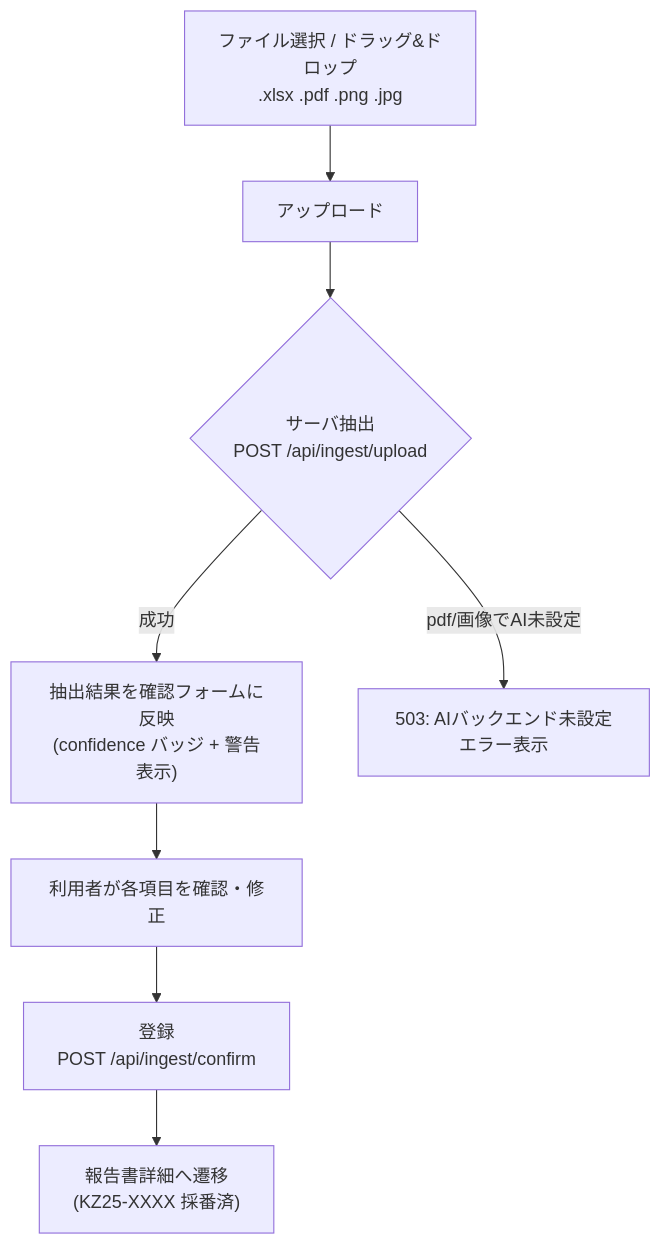
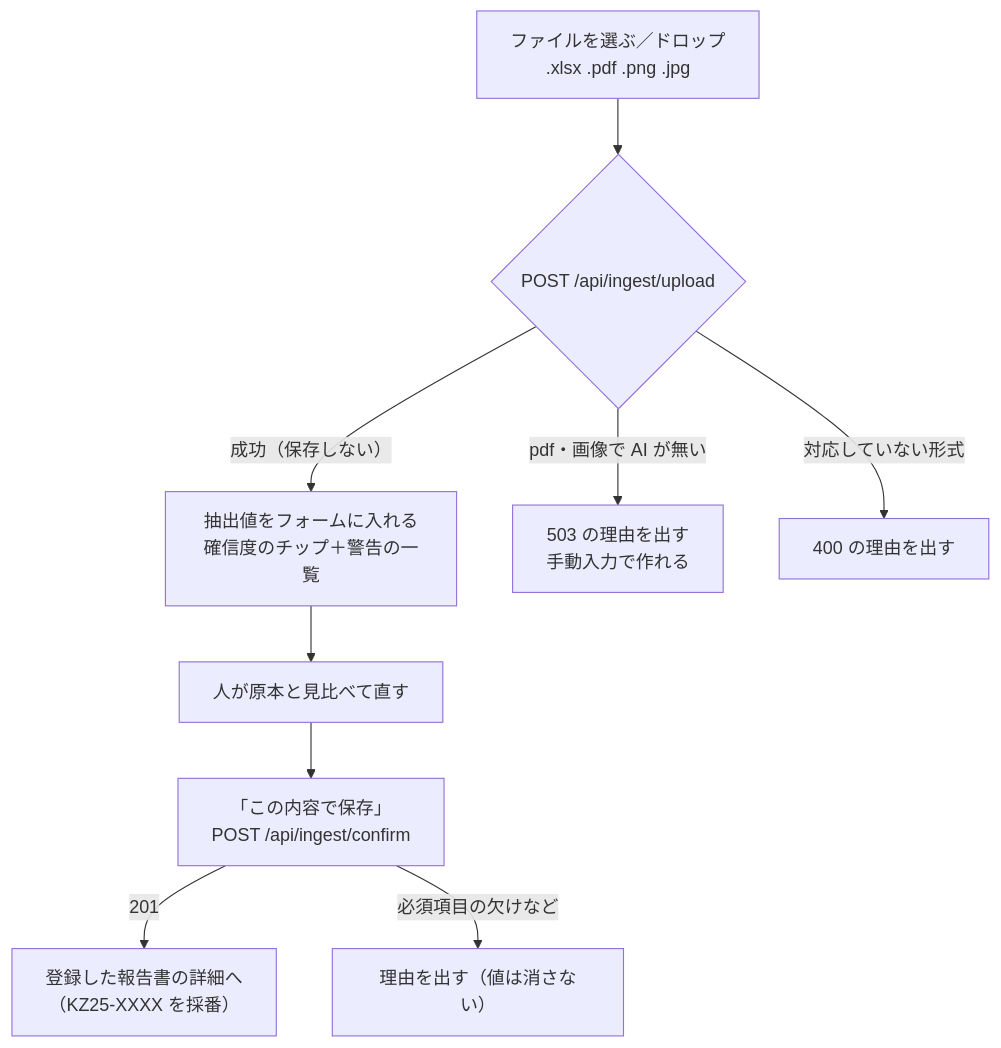
Before and after one commit to luvwinnie/2026_ai_seminar: the first of 5 diagrams in docs/02_機能仕様書.md, drawn with Mermaid. The commit also changed other lines of this file and 570 other files, not shown here.

````diff
--- a/docs/02_機能仕様書.md
+++ b/docs/02_機能仕様書.md
@@ -25,10 +35,11 @@
 ```mermaid
 flowchart TD
-    A["ファイル選択 / ドラッグ&ドロップ\n.xlsx .pdf .png .jpg"] --> B["アップロード"]
-    B --> C{"サーバ抽出\nPOST /api/ingest/upload"}
-    C -->|成功| D["抽出結果を確認フォームに反映\n(confidence バッジ + 警告表示)"]
-    C -->|"pdf/画像でAI未設定"| E["503: AIバックエンド未設定エラー表示"]
-    D --> F["利用者が各項目を確認・修正"]
-    F --> G["登録\nPOST /api/ingest/confirm"]
-    G --> H["報告書詳細へ遷移\n(KZ25-XXXX 採番済)"]
+    A["ファイルを選ぶ／ドロップ<br/>.xlsx .pdf .png .jpg"] --> B{"POST /api/ingest/upload"}
+    B -->|"成功（保存しない）"| C["抽出値をフォームに入れる<br/>確信度のチップ＋警告の一覧"]
+    B -->|"pdf・画像で AI が無い"| E["503 の理由を出す<br/>手動入力で作れる"]
+    B -->|"対応していない形式"| E2["400 の理由を出す"]
+    C --> D["人が原本と見比べて直す"]
+    D --> F["「この内容で保存」<br/>POST /api/ingest/confirm"]
+    F -->|"201"| G["登録した報告書の詳細へ<br/>（KZ25-XXXX を採番）"]
+    F -->|"必須項目の欠けなど"| H["理由を出す（値は消さない）"]
 ```
````
